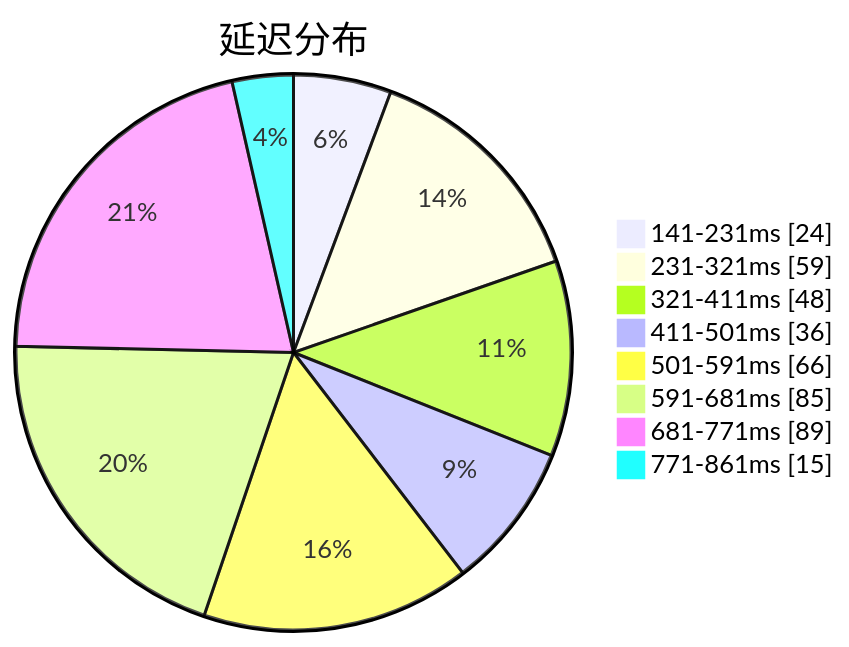
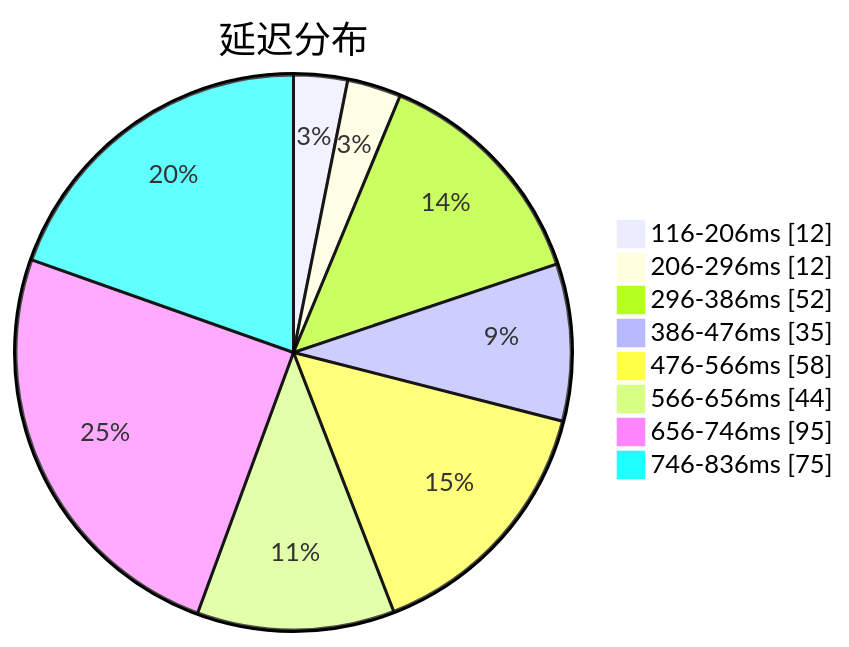
Before and after one commit to sinspired/airport: the first of 3 diagrams in subs/statistics/tested_within.md, drawn with Mermaid. The commit also changed other lines of this file and 2 other files, not shown here.

````diff
--- a/subs/statistics/tested_within.md
+++ b/subs/statistics/tested_within.md
@@ -2,12 +2,12 @@
 ```mermaid
 pie showData
 title 延迟分布
-"141-231ms" : 24
-"231-321ms" : 59
-"321-411ms" : 48
-"411-501ms" : 36
-"501-591ms" : 66
-"591-681ms" : 85
-"681-771ms" : 89
-"771-861ms" : 15
+"116-206ms" : 12
+"206-296ms" : 12
+"296-386ms" : 52
+"386-476ms" : 35
+"476-566ms" : 58
+"566-656ms" : 44
+"656-746ms" : 95
+"746-836ms" : 75
 ```
````
